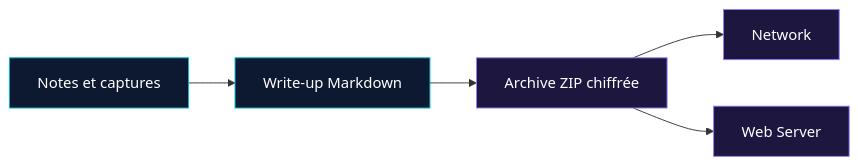
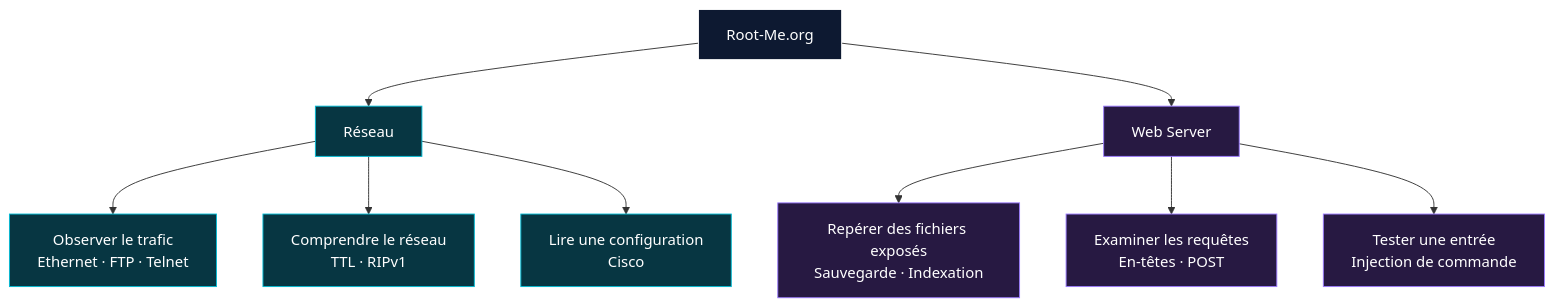
One commit to alex-beze/Module_Intro_Securite_2026-2027 changed the diagram in CARON/Root-Me.org/README.md. Above: the diagram before and after it, drawn with Mermaid. The commit also changed other lines of this file, not shown here.

Commit message:
README Root-Me.org enrichi

````diff
--- a/CARON/Root-Me.org/README.md
+++ b/CARON/Root-Me.org/README.md
@@ -35,11 +32,17 @@
 ```mermaid
-flowchart LR
-    A["Notes et captures"] --> B["Write-up Markdown"]
-    B --> C["Archive ZIP chiffrée"]
-    C --> D["Network"]
-    C --> E["Web Server"]
-    classDef source fill:#0d1931,stroke:#00bbd4,color:#ffffff;
-    classDef archive fill:#1d1740,stroke:#9b7bff,color:#ffffff;
-    class A,B source;
-    class C,D,E archive;
+flowchart TB
+    R["Root-Me.org"] --> N["Réseau"]
+    R --> W["Web Server"]
+    N --> N1["Observer le trafic<br/>Ethernet · FTP · Telnet"]
+    N --> N2["Comprendre le réseau<br/>TTL · RIPv1"]
+    N --> N3["Lire une configuration<br/>Cisco"]
+    W --> W1["Repérer des fichiers exposés<br/>Sauvegarde · Indexation"]
+    W --> W2["Examiner les requêtes<br/>En-têtes · POST"]
+    W --> W3["Tester une entrée<br/>Injection de commande"]
+    classDef root fill:#0d1931,stroke:#ffffff,color:#ffffff;
+    classDef network fill:#073642,stroke:#00bbd4,color:#ffffff;
+    classDef web fill:#271942,stroke:#9b7bff,color:#ffffff;
+    class R root;
+    class N,N1,N2,N3 network;
+    class W,W1,W2,W3 web;
 ```
````
